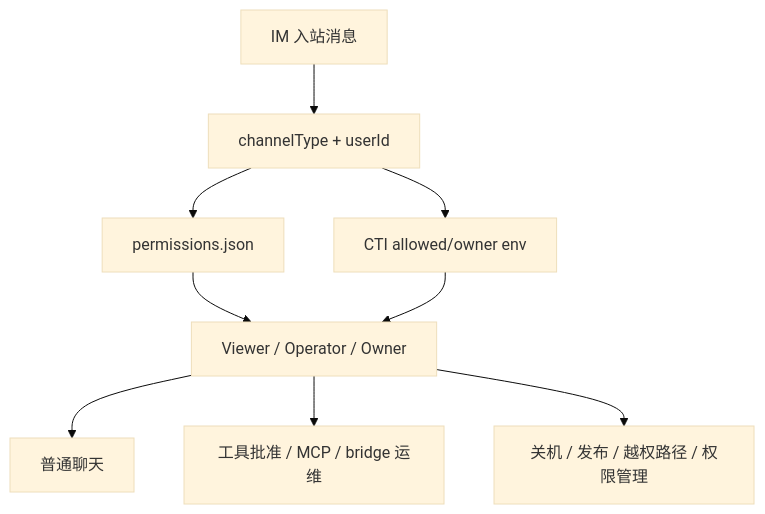
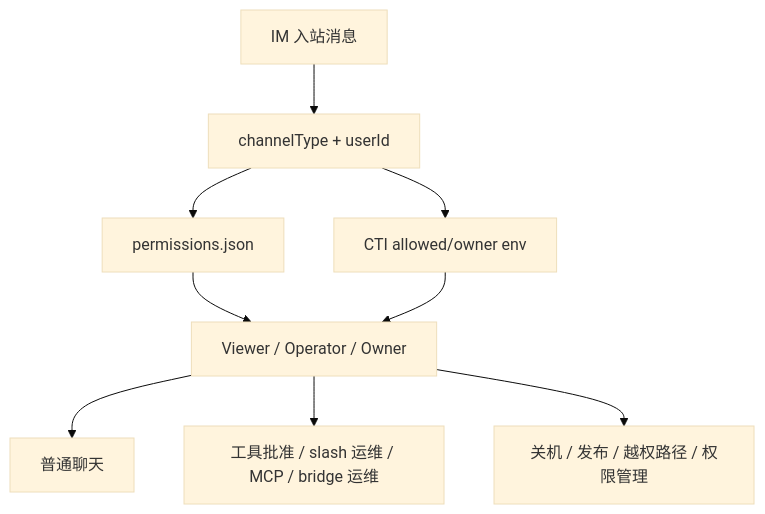
One commit to dddfuxi/codex-im-suite changed the fifth of 10 diagrams in docs/PROJECT-ARCHITECTURE.md. Above: the diagram before and after it, drawn with Mermaid (base theme). The commit also changed other lines of this file and 71 other files, not shown here.

````diff
--- a/docs/PROJECT-ARCHITECTURE.md
+++ b/docs/PROJECT-ARCHITECTURE.md
@@ -194,11 +275,11 @@
 ```mermaid
 flowchart TD
   Message[IM 入站消息] --> Subject[channelType + userId]
   Subject --> JsonPerm[permissions.json]
   Subject --> EnvCompat[CTI allowed/owner env]
   JsonPerm --> Role[Viewer / Operator / Owner]
   EnvCompat --> Role
   Role --> ViewerGate[普通聊天]
-  Role --> OperatorGate[工具批准 / MCP / bridge 运维]
+  Role --> OperatorGate[工具批准 / slash 运维 / MCP / bridge 运维]
   Role --> OwnerGate[关机 / 发布 / 越权路径 / 权限管理]
 ```
````
